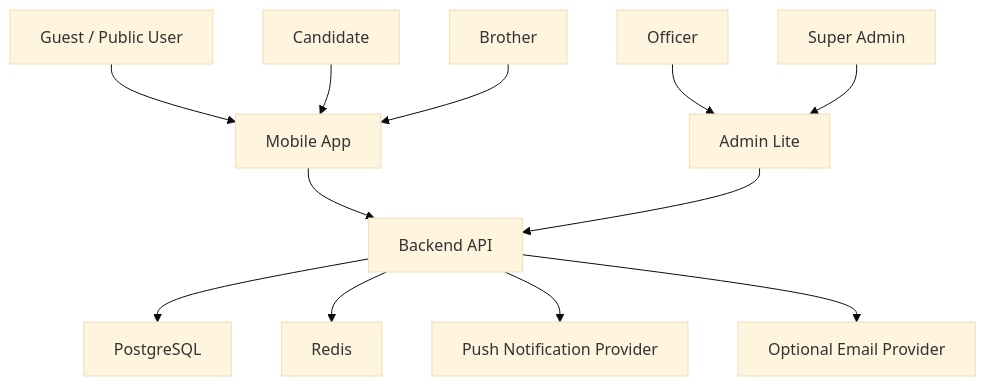
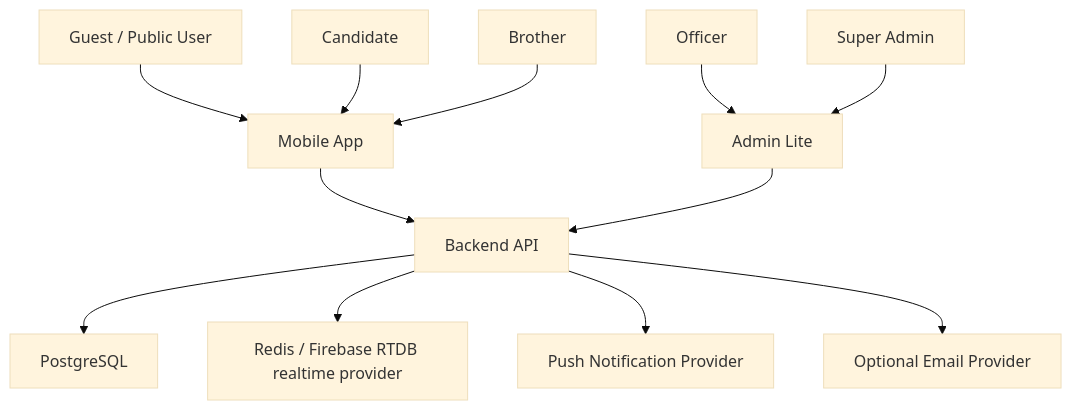
Before and after one commit to PutintsevSergii/jp2-knights-app: the diagram in docs/architecture/system-context.md, drawn with Mermaid (base theme). The commit also changed other lines of this file and 14 other files, not shown here.

````diff
--- a/docs/architecture/system-context.md
+++ b/docs/architecture/system-context.md
@@ -3,14 +3,14 @@
 ```mermaid
 flowchart TD
   Guest["Guest / Public User"] --> Mobile["Mobile App"]
   Candidate["Candidate"] --> Mobile
   Brother["Brother"] --> Mobile
   Officer["Officer"] --> Admin["Admin Lite"]
   SuperAdmin["Super Admin"] --> Admin
   Mobile --> API["Backend API"]
   Admin --> API
   API --> DB["PostgreSQL"]
-  API --> Cache["Redis"]
+  API --> Realtime["Redis / Firebase RTDB realtime provider"]
   API --> Push["Push Notification Provider"]
   API --> Email["Optional Email Provider"]
 ```
````
